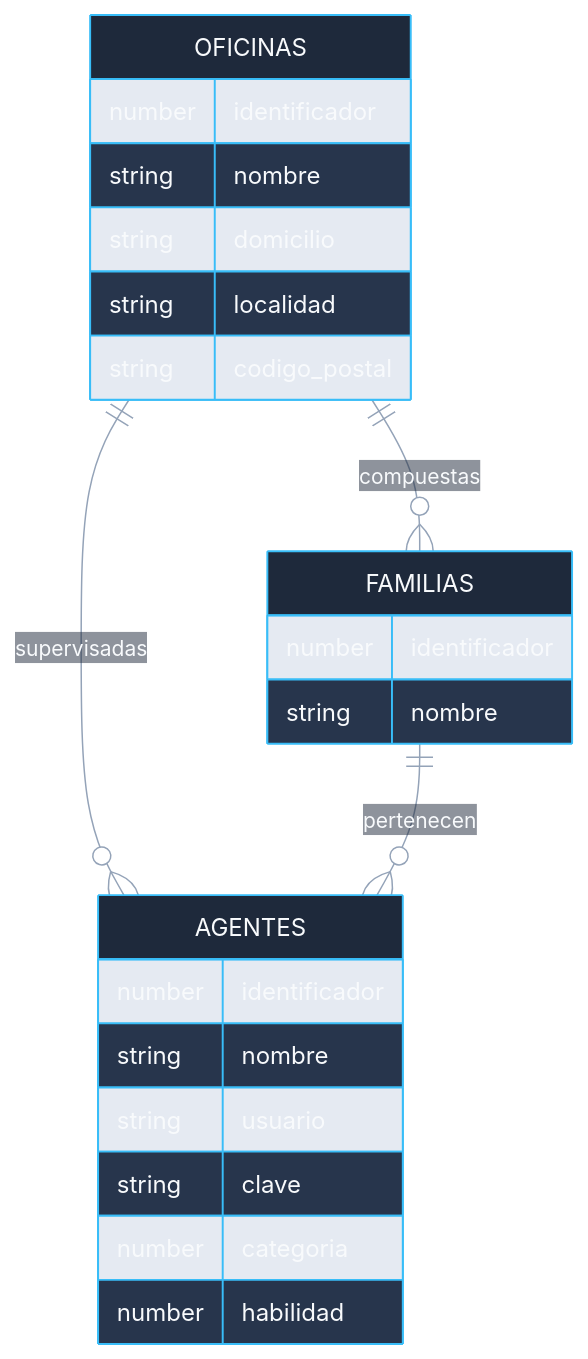
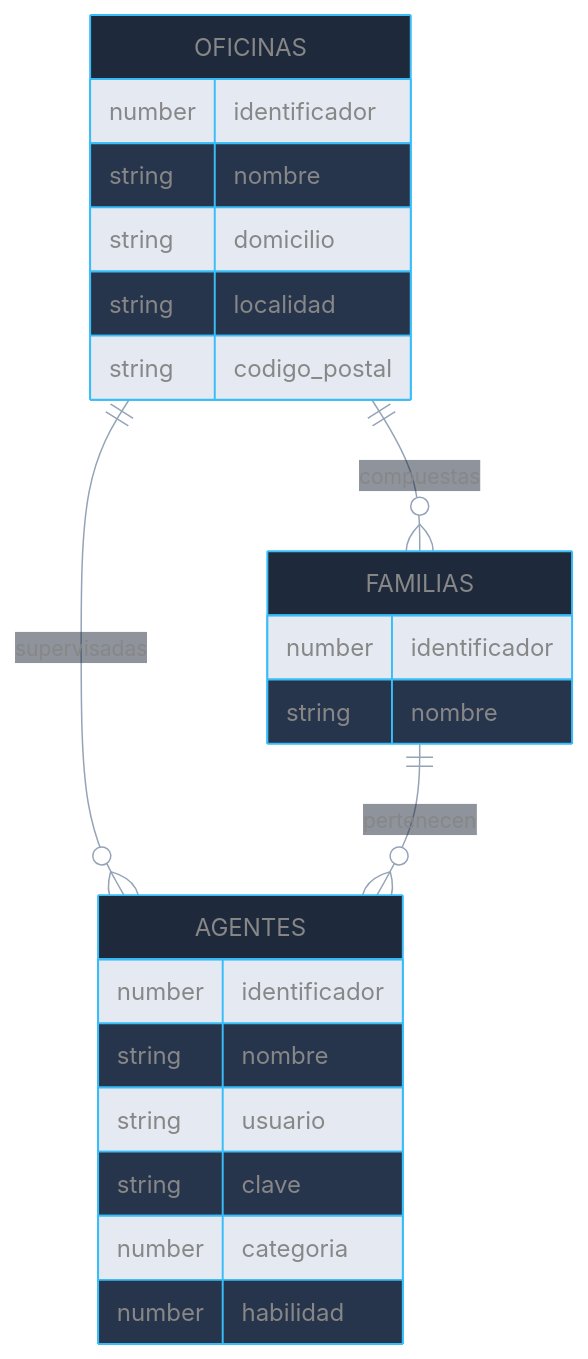
The second of 4 diagrams in Base de Datos/Tema 6/Resumen 6A.md (obiticadev/DAM-2025-26), drawn with Mermaid before and after one commit. The commit also changed 2 other files, not shown here.

Commit message:
Apuntes 2

````diff
--- a/Base de Datos/Tema 6/Resumen 6A.md
+++ b/Base de Datos/Tema 6/Resumen 6A.md
@@ -77,29 +77,29 @@
 ```mermaid
-%%{init: {'theme': 'base', 'themeVariables': { 'primaryColor': '#1e293b', 'secondaryColor': '#1e293b', 'tertiaryColor': '#1e293b', 'quaternaryColor': '#1e293b', 'mainBkg': '#1e293b', 'nodeBkg': '#1e293b', 'attributeFill': '#1e293b', 'primaryTextColor': '#f8fafc', 'primaryBorderColor': '#38bdf8', 'lineColor': '#94a3b8', 'attributeTextColor': '#f8fafc', 'nodeTextColor': '#f8fafc', 'clusterBkg': '#0f172a', 'clusterBorder': '#475569'}}}%%
+%%{init: {'theme': 'base', 'themeVariables': { 'primaryColor': '#1e293b', 'secondaryColor': '#1e293b', 'tertiaryColor': '#1e293b', 'quaternaryColor': '#1e293b', 'mainBkg': '#1e293b', 'nodeBkg': '#1e293b', 'attributeFill': '#1e293b', 'primaryTextColor': '#878787', 'primaryBorderColor': '#38bdf8', 'lineColor': '#94a3b8', 'attributeTextColor': '#f8fafc', 'nodeTextColor': '#7b7b7b', 'clusterBkg': '#0f172a', 'clusterBorder': '#475569'}}}%%
 erDiagram
     OFICINAS ||--o{ AGENTES : supervisadas
     OFICINAS ||--o{ FAMILIAS : compuestas
     FAMILIAS ||--o{ AGENTES : pertenecen
     
     OFICINAS {
         number identificador
         string nombre
         string domicilio
         string localidad
         string codigo_postal
     }
     
     AGENTES {
         number identificador
         string nombre
         string usuario
         string clave
         number categoria
         number habilidad
     }
     
     FAMILIAS {
         number identificador
         string nombre
     }
 ```
````
